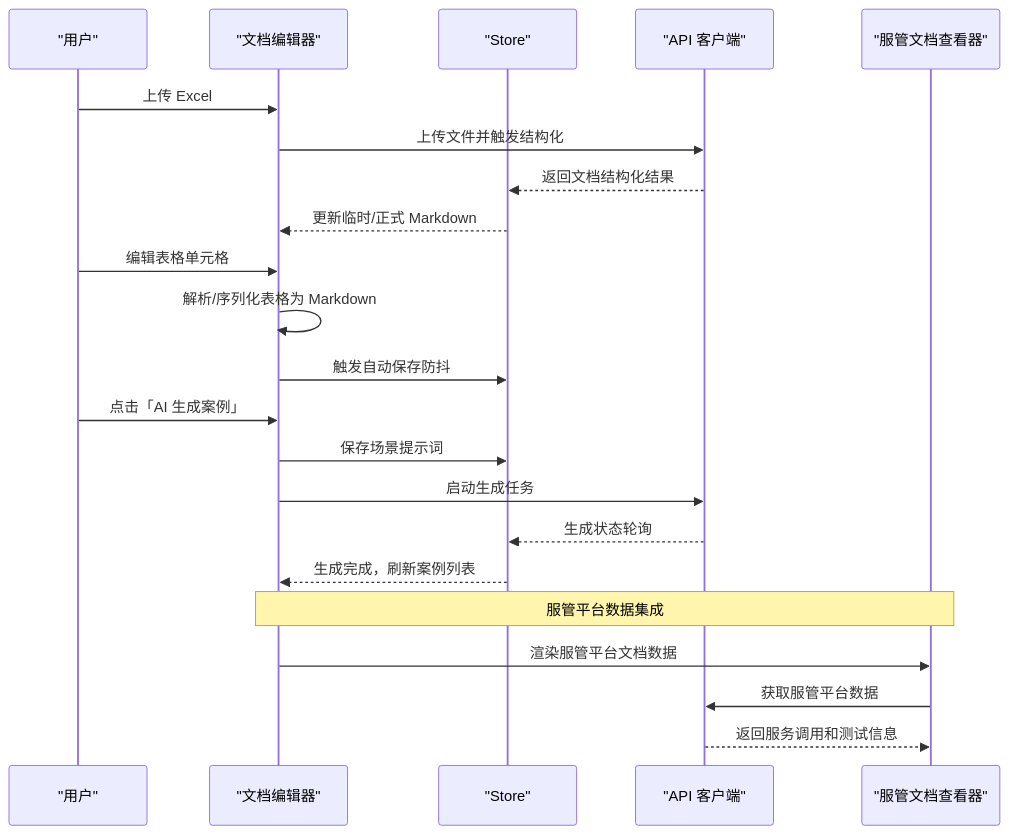
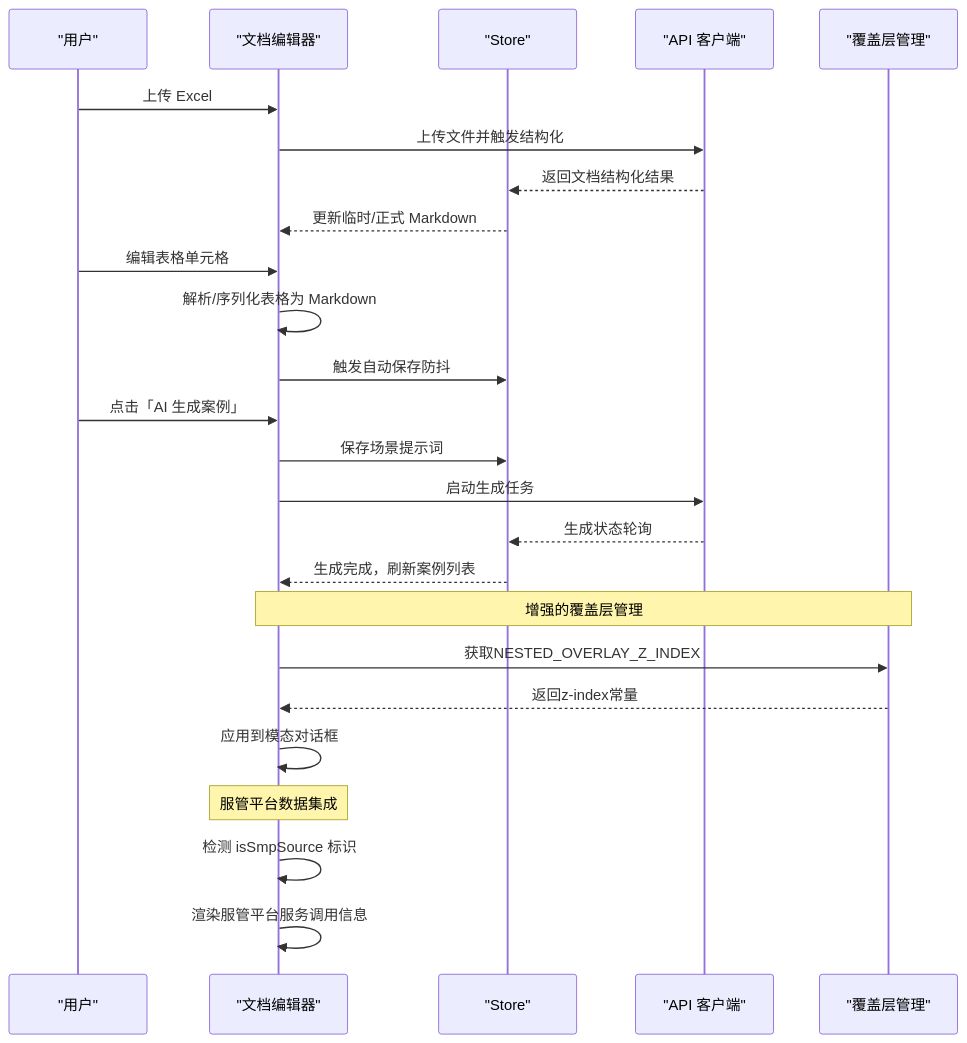
The fourth of 11 diagrams in .qoder/repowiki/zh/content/前端开发/组件系统/API 测试组件.md (Lichhu/caseForge), drawn with Mermaid before and after one commit. The commit also changed other lines of this file and 8 other files, not shown here.

````diff
--- a/.qoder/repowiki/zh/content/前端开发/组件系统/API 测试组件.md
+++ b/.qoder/repowiki/zh/content/前端开发/组件系统/API 测试组件.md
@@ -231,24 +244,27 @@
 ```mermaid
 sequenceDiagram
 participant U as "用户"
 participant E as "文档编辑器"
 participant S as "Store"
 participant C as "API 客户端"
-participant V as "服管文档查看器"
+participant Z as "覆盖层管理"
 U->>E : 上传 Excel
 E->>C : 上传文件并触发结构化
 C-->>S : 返回文档结构化结果
 S-->>E : 更新临时/正式 Markdown
 U->>E : 编辑表格单元格
 E->>E : 解析/序列化表格为 Markdown
 E->>S : 触发自动保存防抖
 U->>E : 点击「AI 生成案例」
 E->>S : 保存场景提示词
 E->>C : 启动生成任务
 C-->>S : 生成状态轮询
 S-->>E : 生成完成，刷新案例列表
-Note over E,V : 服管平台数据集成
-E->>V : 渲染服管平台文档数据
-V->>C : 获取服管平台数据
-C-->>V : 返回服务调用和测试信息
+Note over E,Z : 增强的覆盖层管理
+E->>Z : 获取NESTED_OVERLAY_Z_INDEX
+Z-->>E : 返回z-index常量
+E->>E : 应用到模态对话框
+Note over E : 服管平台数据集成
+E->>E : 检测 isSmpSource 标识
+E->>E : 渲染服管平台服务调用信息
 ```
````
